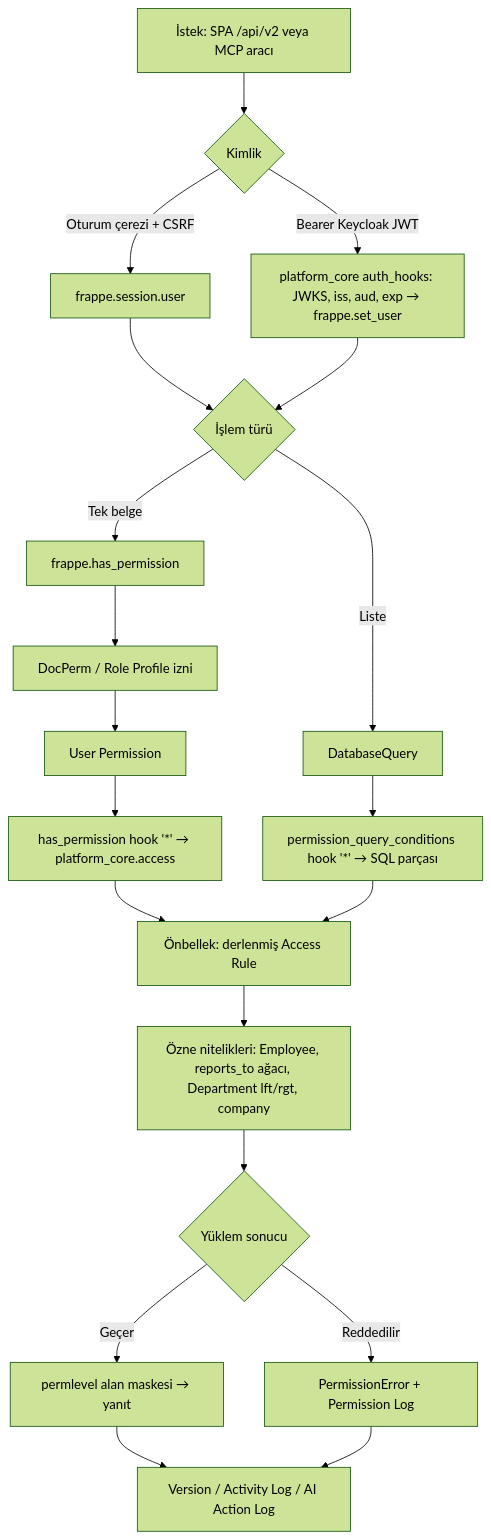
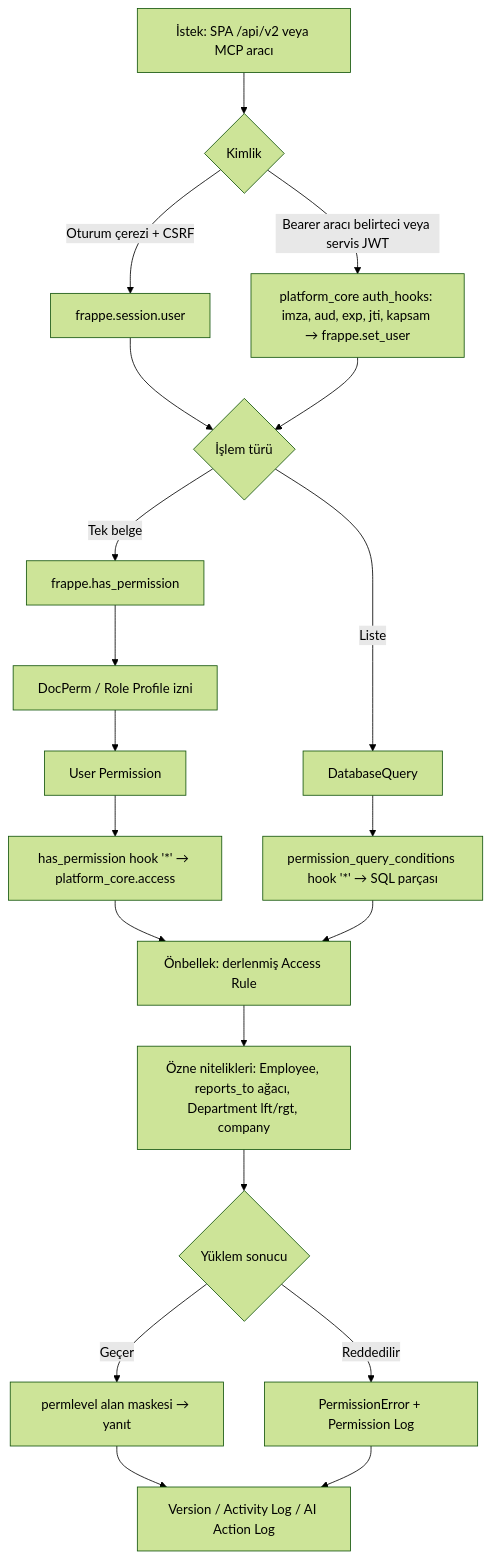
The diagram in src/content/docs/rail-2-gelistirme.md (karacaismail/frappesetup), drawn with Mermaid (forest theme) before and after one commit. The commit also changed other lines of this file and 43 other files, not shown here.

````diff
--- a/src/content/docs/rail-2-gelistirme.md
+++ b/src/content/docs/rail-2-gelistirme.md
@@ -31,22 +31,22 @@
 ```mermaid
 flowchart TD
   A[İstek: SPA /api/v2 veya MCP aracı] --> B{Kimlik}
   B -->|Oturum çerezi + CSRF| C[frappe.session.user]
-  B -->|Bearer Keycloak JWT| D[platform_core auth_hooks: JWKS, iss, aud, exp → frappe.set_user]
+  B -->|Bearer aracı belirteci veya servis JWT| D[platform_core auth_hooks: imza, aud, exp, jti, kapsam → frappe.set_user]
   C --> E
   D --> E
   E{İşlem türü} -->|Tek belge| F[frappe.has_permission]
   E -->|Liste| G[DatabaseQuery]
   F --> H[DocPerm / Role Profile izni]
   H --> I[User Permission]
   I --> J[has_permission hook '*' → platform_core.access]
   G --> K[permission_query_conditions hook '*' → SQL parçası]
   J --> L[Önbellek: derlenmiş Access Rule]
   K --> L
   L --> M[Özne nitelikleri: Employee, reports_to ağacı, Department lft/rgt, company]
   M --> N{Yüklem sonucu}
   N -->|Geçer| O[permlevel alan maskesi → yanıt]
   N -->|Reddedilir| P[PermissionError + Permission Log]
   O --> Q[Version / Activity Log / AI Action Log]
   P --> Q
 ```
````
